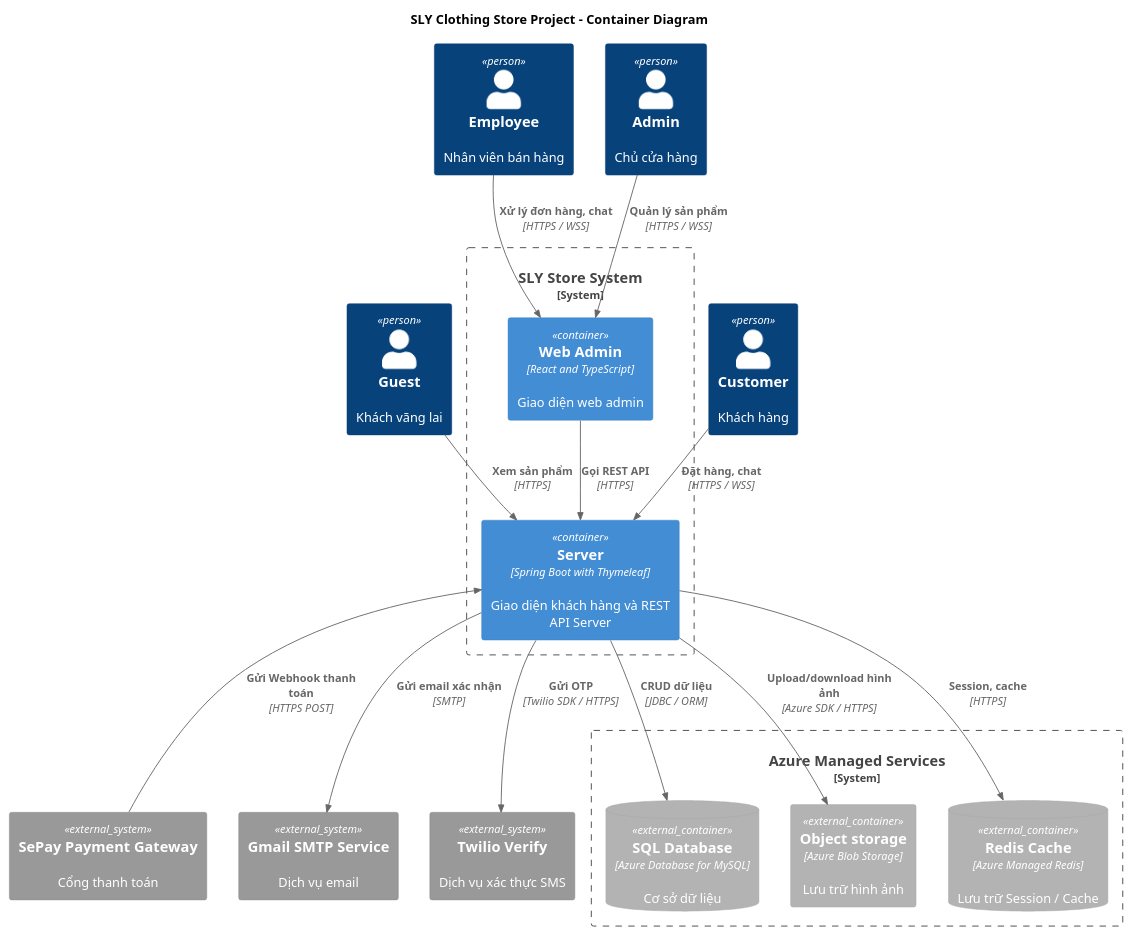
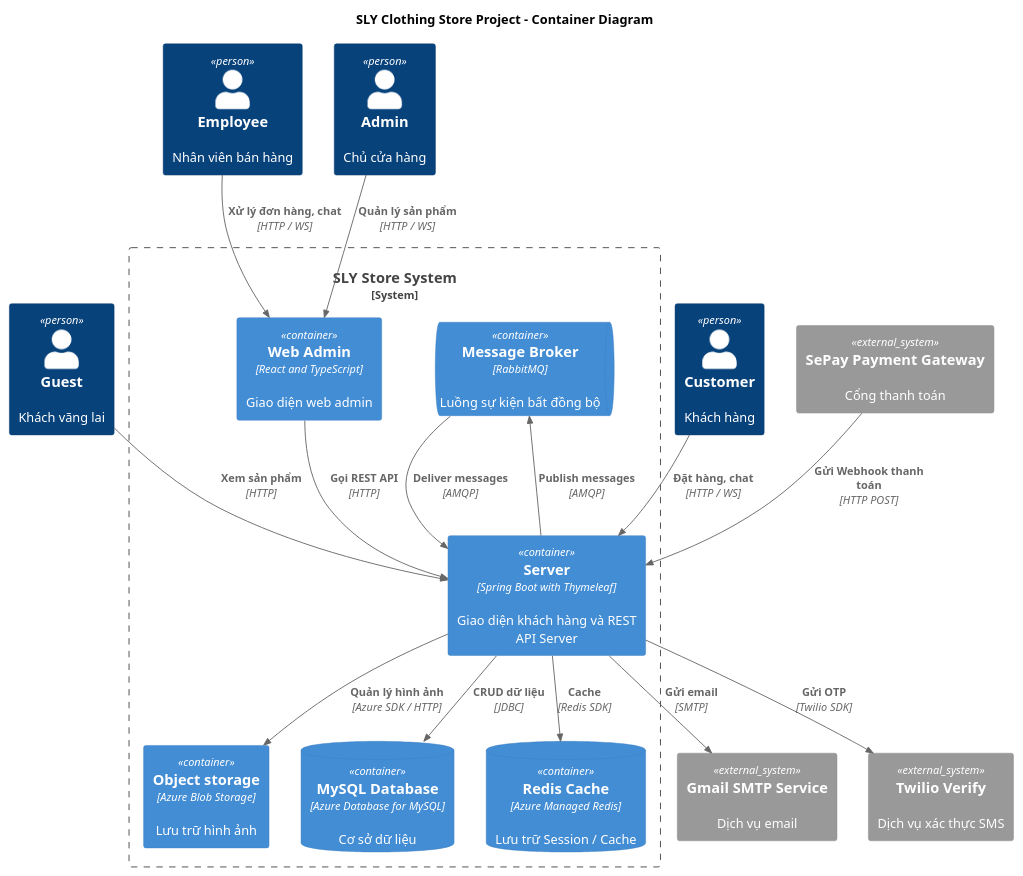
One commit to ptus04/store-project changed the diagram in .docs/C4Model-Container.puml. Above: the diagram before and after it, drawn with PlantUML. The commit also changed 2 other files, not shown here.

```diff
--- a/.docs/C4Model-Container.puml
+++ b/.docs/C4Model-Container.puml
@@ -1,40 +1,41 @@
 @startuml
 !include <C4/C4_Container>
 
 title SLY Clothing Store Project - Container Diagram
 
 Person(guest, "Guest", "Khách vãng lai")
 Person(customer, "Customer", "Khách hàng")
 Person(employee, "Employee", "Nhân viên bán hàng")
 Person(admin, "Admin", "Chủ cửa hàng")
 
 System_Boundary(storeSystem, "SLY Store System") {
     Container(webAdmin, "Web Admin", "React and TypeScript", "Giao diện web admin")
     Container(server, "Server", "Spring Boot with Thymeleaf", "Giao diện khách hàng và REST API Server")
+
+    Container(azureBlob, "Object storage", "Azure Blob Storage", "Lưu trữ hình ảnh")
+    ContainerDb(azureMySQL, "MySQL Database", "Azure Database for MySQL", "Cơ sở dữ liệu")
+    ContainerDb(azureRedis, "Redis Cache", "Azure Managed Redis", "Lưu trữ Session / Cache")
+    ContainerQueue(rabbitMq, "Message Broker", "RabbitMQ", "Luồng sự kiện bất đồng bộ")
 }
 
 System_Ext(sepay, "SePay Payment Gateway", "Cổng thanh toán")
 System_Ext(gmail, "Gmail SMTP Service", "Dịch vụ email")
 System_Ext(twilio, "Twilio Verify", "Dịch vụ xác thực SMS")
 
-System_Boundary(azure, "Azure Managed Services") {
-    ContainerDb_Ext(azureMySQL, "SQL Database", "Azure Database for MySQL", "Cơ sở dữ liệu")
-    Container_Ext(azureBlob, "Object storage", "Azure Blob Storage", "Lưu trữ hình ảnh")
-    ContainerDb_Ext(azureRedis, "Redis Cache", "Azure Managed Redis", "Lưu trữ Session / Cache")
-}
+Rel(webAdmin, server, "Gọi REST API", "HTTP")
 
-Rel(guest, server, "Xem sản phẩm", "HTTPS")
-Rel(customer, server, "Đặt hàng, chat", "HTTPS / WSS")
-Rel(employee, webAdmin, "Xử lý đơn hàng, chat", "HTTPS / WSS")
-Rel(admin, webAdmin, "Quản lý sản phẩm", "HTTPS / WSS")
+Rel(guest, server, "Xem sản phẩm", "HTTP")
+Rel(customer, server, "Đặt hàng, chat", "HTTP / WS")
+Rel(employee, webAdmin, "Xử lý đơn hàng, chat", "HTTP / WS")
+Rel(admin, webAdmin, "Quản lý sản phẩm", "HTTP / WS")
 
-Rel(webAdmin, server, "Gọi REST API", "HTTPS")
+Rel(server, azureBlob, "Quản lý hình ảnh", "Azure SDK / HTTP")
+Rel(server, azureRedis, "Cache", "Redis SDK")
+Rel(server, azureMySQL, "CRUD dữ liệu", "JDBC")
+Rel(server, gmail, "Gửi email", "SMTP")
+Rel(server, twilio, "Gửi OTP", "Twilio SDK")
+Rel(server, rabbitMq, "Publish messages", "AMQP")
+Rel_R(rabbitMq, server, "Deliver messages", "AMQP")
 
-Rel(server, azureRedis, "Session, cache", "HTTPS")
-Rel(server, azureMySQL, "CRUD dữ liệu", "JDBC / ORM")
-Rel(server, azureBlob, "Upload/download hình ảnh", "Azure SDK / HTTPS")
-Rel(server, gmail, "Gửi email xác nhận", "SMTP")
-Rel(server, twilio, "Gửi OTP", "Twilio SDK / HTTPS")
-
-Rel_U(sepay, server, "Gửi Webhook thanh toán", "HTTPS POST")
+Rel(sepay, server, "Gửi Webhook thanh toán", "HTTP POST")
 @enduml
```
